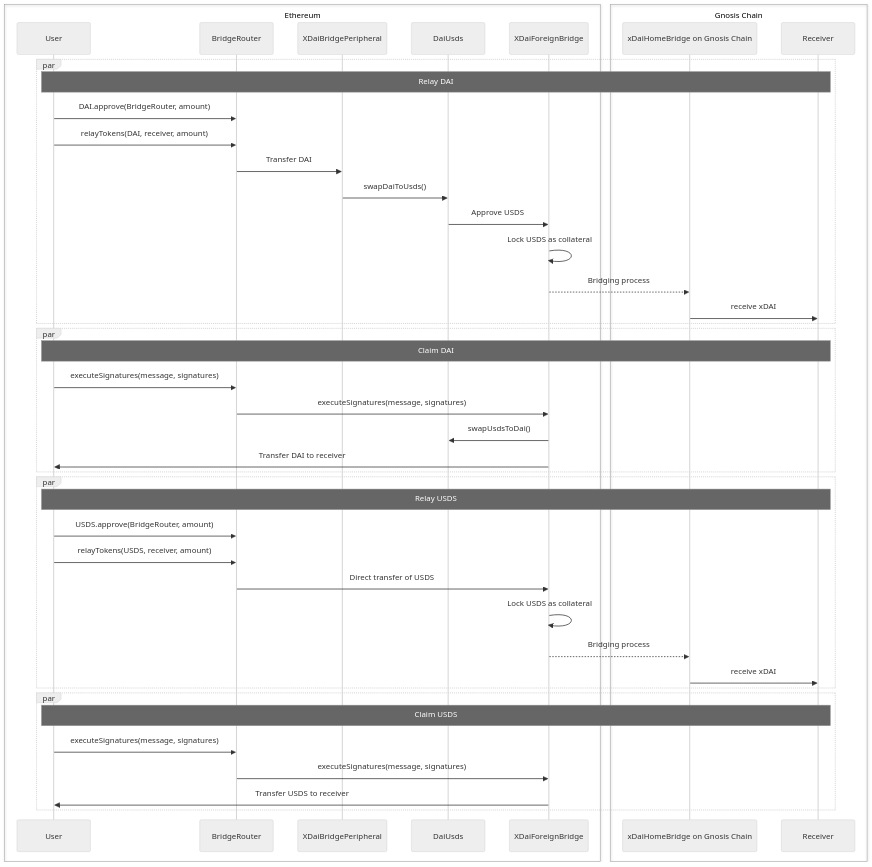
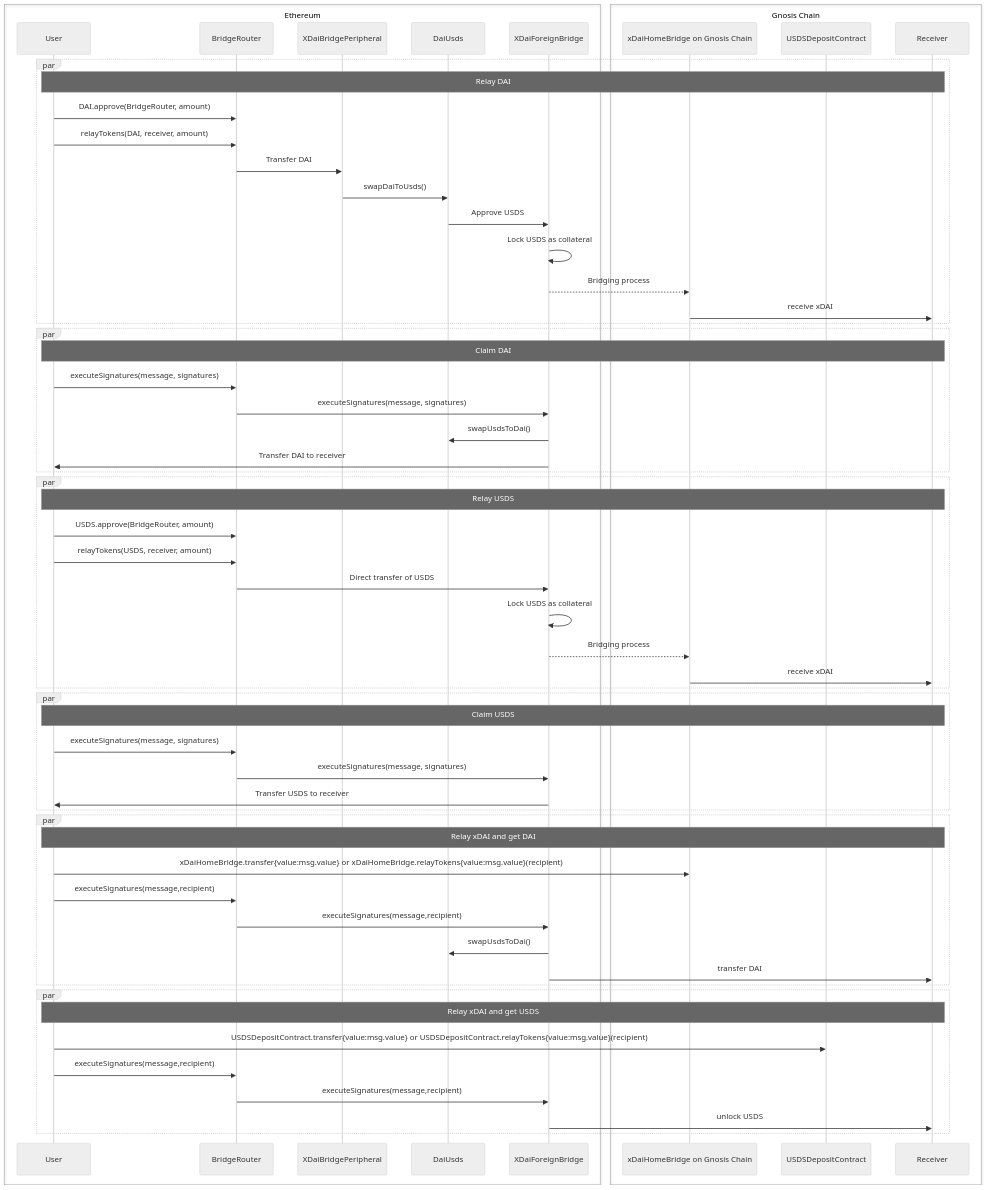
Before and after one commit to gnosischain/tokenbridge-contracts: the eighth of 8 diagrams in USDSMigration.md, drawn with Mermaid (neutral theme). The commit also changed other lines of this file, not shown here.

````diff
--- a/USDSMigration.md
+++ b/USDSMigration.md
@@ -518,61 +530,82 @@
 ```mermaid
 sequenceDiagram
     box Ethereum
         participant User
         participant BridgeRouter
         participant XDaiBridgePeripheral
         participant DaiUsds as DaiUsds
         participant XDaiForeignBridge
     end
 
 
     box Gnosis Chain
 
         participant GnosisChain as xDaiHomeBridge on Gnosis Chain
-         participant Receiver
+        participant USDSDepositContract
+        participant Receiver
     end
 
 
 
     %% Relay DAI Flow
     par
     Note over User,Receiver: Relay DAI
     User->>BridgeRouter: DAI.approve(BridgeRouter, amount)
     User->>BridgeRouter: relayTokens(DAI, receiver, amount)
     BridgeRouter->>XDaiBridgePeripheral: Transfer DAI
     XDaiBridgePeripheral->>DaiUsds: swapDaiToUsds()
     DaiUsds->>XDaiForeignBridge: Approve USDS
     XDaiForeignBridge->>XDaiForeignBridge: Lock USDS as collateral
     XDaiForeignBridge-->>GnosisChain: Bridging process
     GnosisChain->>Receiver: receive xDAI
     end
 
     %% Claim DAI Flow
     par
     Note over User,Receiver: Claim DAI
     User->>BridgeRouter: executeSignatures(message, signatures)
     BridgeRouter->>XDaiForeignBridge: executeSignatures(message, signatures)
     XDaiForeignBridge->>DaiUsds: swapUsdsToDai()
     XDaiForeignBridge->>User: Transfer DAI to receiver
     end
 
     %% Relay USDS Flow
     par
     Note over User,Receiver: Relay USDS
     User->>BridgeRouter: USDS.approve(BridgeRouter, amount)
     User->>BridgeRouter: relayTokens(USDS, receiver, amount)
     BridgeRouter->>XDaiForeignBridge: Direct transfer of USDS
     XDaiForeignBridge->>XDaiForeignBridge: Lock USDS as collateral
     XDaiForeignBridge-->>GnosisChain: Bridging process
     GnosisChain->>Receiver: receive xDAI
+
     end
 
     %% Claim USDS Flow
     par
     Note over User,Receiver: Claim USDS
     User->>BridgeRouter: executeSignatures(message, signatures)
     BridgeRouter->>XDaiForeignBridge: executeSignatures(message, signatures)
     XDaiForeignBridge->>User: Transfer USDS to receiver
     end
 
+     %% Relay xDAI  Flow
+    par
+    Note over User,Receiver: Relay xDAI and get DAI
+    User->>GnosisChain: xDaiHomeBridge.transfer{value:msg.value} or xDaiHomeBridge.relayTokens{value:msg.value}(recipient)
+    User ->> BridgeRouter: executeSignatures(message,recipient)
+    BridgeRouter ->> XDaiForeignBridge: executeSignatures(message,recipient)
+    XDaiForeignBridge ->> DaiUsds:  swapUsdsToDai()
+    XDaiForeignBridge ->> Receiver: transfer DAI
+    end
+
+      %% Relay xDAI  Flow
+    par
+    Note over User,Receiver: Relay xDAI and get USDS
+    User->>USDSDepositContract: USDSDepositContract.transfer{value:msg.value} or USDSDepositContract.relayTokens{value:msg.value}(recipient)
+    User ->> BridgeRouter: executeSignatures(message,recipient)
+    BridgeRouter ->> XDaiForeignBridge: executeSignatures(message,recipient)
+    XDaiForeignBridge ->> Receiver: unlock USDS
+    end
+
 ```
````
